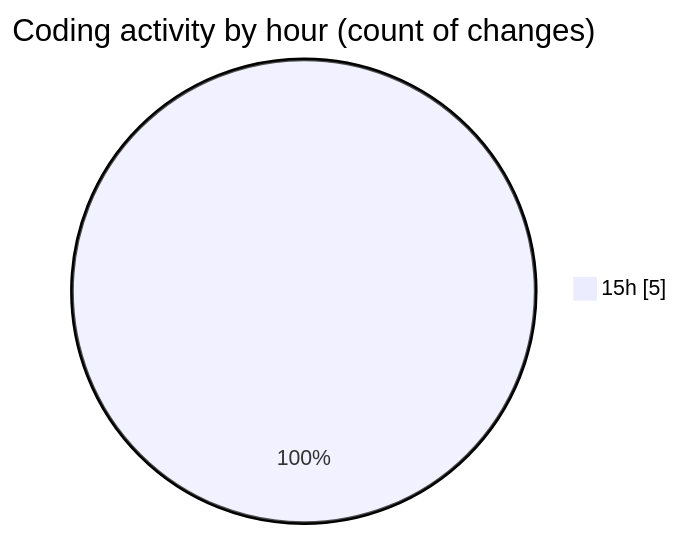
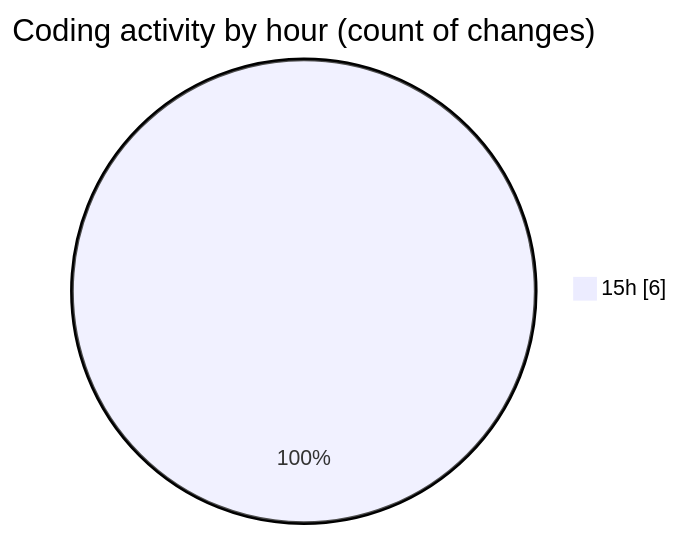
The second of 2 diagrams in 2025-10-01/oura-api/README.md (mevix1/code-tracking), drawn with Mermaid before and after one commit. The commit also changed other lines of this file and 1 other file, not shown here.

````diff
--- a/2025-10-01/oura-api/README.md
+++ b/2025-10-01/oura-api/README.md
@@ -28,5 +28,5 @@
 ```mermaid
 pie showData
 title Coding activity by hour (count of changes)
-"15h" : 5
+"15h" : 6
 ```
````
